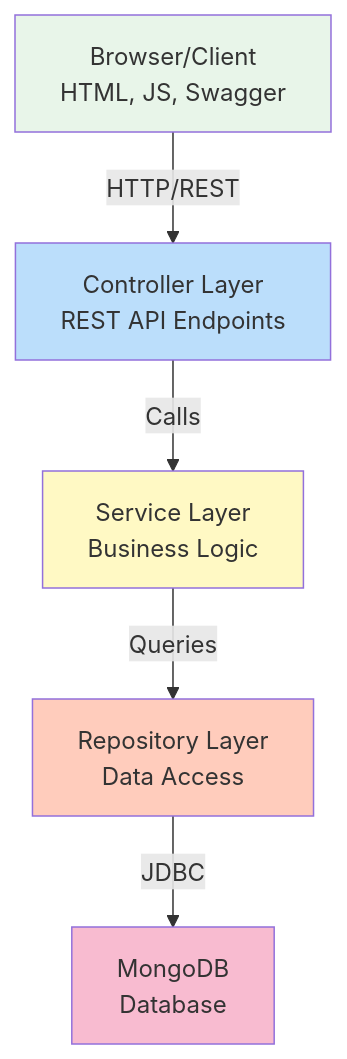
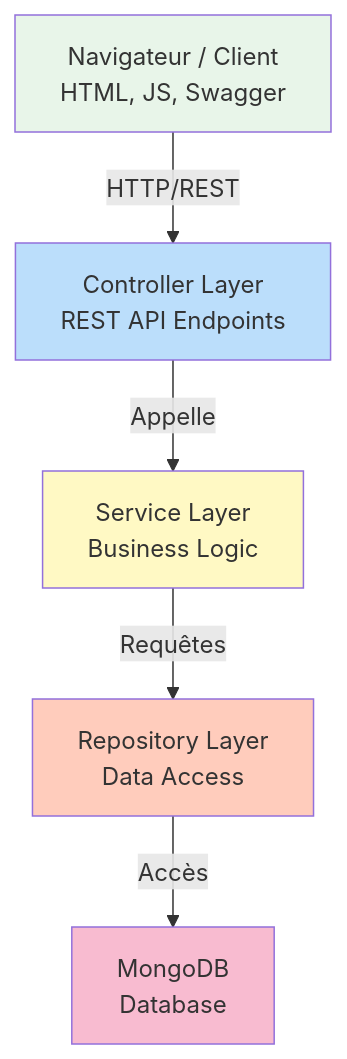
The first of 4 diagrams in GreenDesk-Doc/docs/architecture.md (fasai444/GreenDesk), drawn with Mermaid before and after one commit. The commit also changed other lines of this file and 7 other files, not shown here.

````diff
--- a/GreenDesk-Doc/docs/architecture.md
+++ b/GreenDesk-Doc/docs/architecture.md
@@ -7,20 +17,17 @@
 ```mermaid
 graph TB
-    Client["Browser/Client<br/>HTML, JS, Swagger"]
-    
+    Client["Navigateur / Client<br/>HTML, JS, Swagger"]
     Controller["Controller Layer<br/>REST API Endpoints"]
     Service["Service Layer<br/>Business Logic"]
     Repository["Repository Layer<br/>Data Access"]
     DB["MongoDB<br/>Database"]
-    
     Client -->|HTTP/REST| Controller
-    Controller -->|Calls| Service
-    Service -->|Queries| Repository
-    Repository -->|JDBC| DB
-    
+    Controller -->|Appelle| Service
+    Service -->|Requêtes| Repository
+    Repository -->|Accès| DB
     style Client fill:#e8f5e9
     style Controller fill:#bbdefb
     style Service fill:#fff9c4
     style Repository fill:#ffccbc
     style DB fill:#f8bbd0
 ```
````
